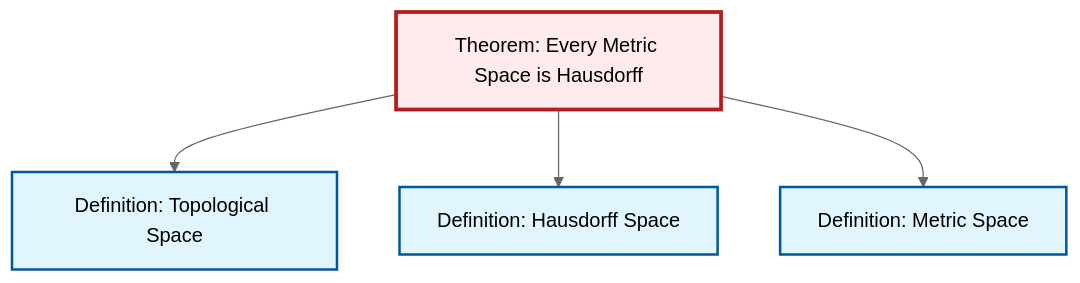
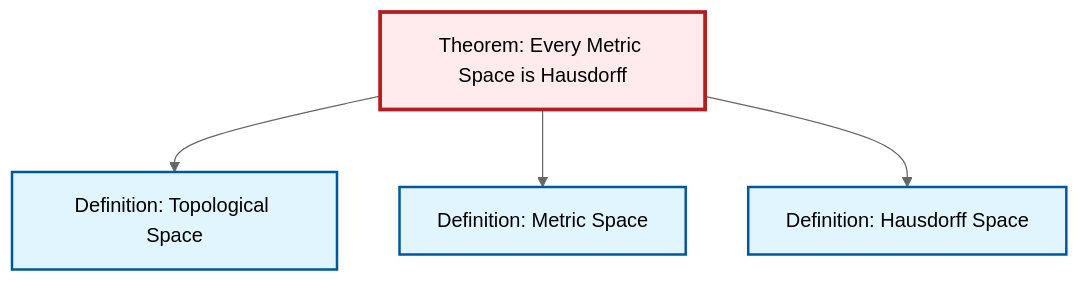
One commit to RK0429/ModernMath changed the diagram in content/ja/topology/thm-metric-hausdorff.qmd. Above: the diagram before and after it, drawn with Mermaid (neutral theme). The commit also changed other lines of this file and 474 other files, not shown here.

````diff
--- a/content/ja/topology/thm-metric-hausdorff.qmd
+++ b/content/ja/topology/thm-metric-hausdorff.qmd
@@ -63,20 +63,20 @@
 ```{mermaid}
 %%| fig-cap: "Local dependency graph"
 graph TD
     classDef definition fill:#e1f5fe,stroke:#01579b,stroke-width:2px
     classDef theorem fill:#f3e5f5,stroke:#4a148c,stroke-width:2px
     classDef axiom fill:#fff3e0,stroke:#e65100,stroke-width:2px
     classDef example fill:#e8f5e9,stroke:#1b5e20,stroke-width:2px
     classDef current fill:#ffebee,stroke:#b71c1c,stroke-width:3px
+    def-hausdorff["Definition: Hausdorff Space"]:::definition
+    def-metric-space["Definition: Metric Space"]:::definition
+    thm-metric-hausdorff["Theorem: Every Metric Space is Hausdorff"]:::theorem
     def-topological-space["Definition: Topological Space"]:::definition
-    def-hausdorff["Definition: Hausdorff Space"]:::definition
-    thm-metric-hausdorff["Theorem: Every Metric Space is Hausdorff"]:::theorem
-    def-metric-space["Definition: Metric Space"]:::definition
     thm-metric-hausdorff --> def-topological-space
+    thm-metric-hausdorff --> def-metric-space
     thm-metric-hausdorff --> def-hausdorff
-    thm-metric-hausdorff --> def-metric-space
     class thm-metric-hausdorff current
-    click def-topological-space "def-topological-space.html" "Definition: Topological Spaceへ"
     click def-hausdorff "def-hausdorff.html" "Definition: Hausdorff Spaceへ"
     click def-metric-space "def-metric-space.html" "Definition: Metric Spaceへ"
+    click def-topological-space "def-topological-space.html" "Definition: Topological Spaceへ"
 ```
````
